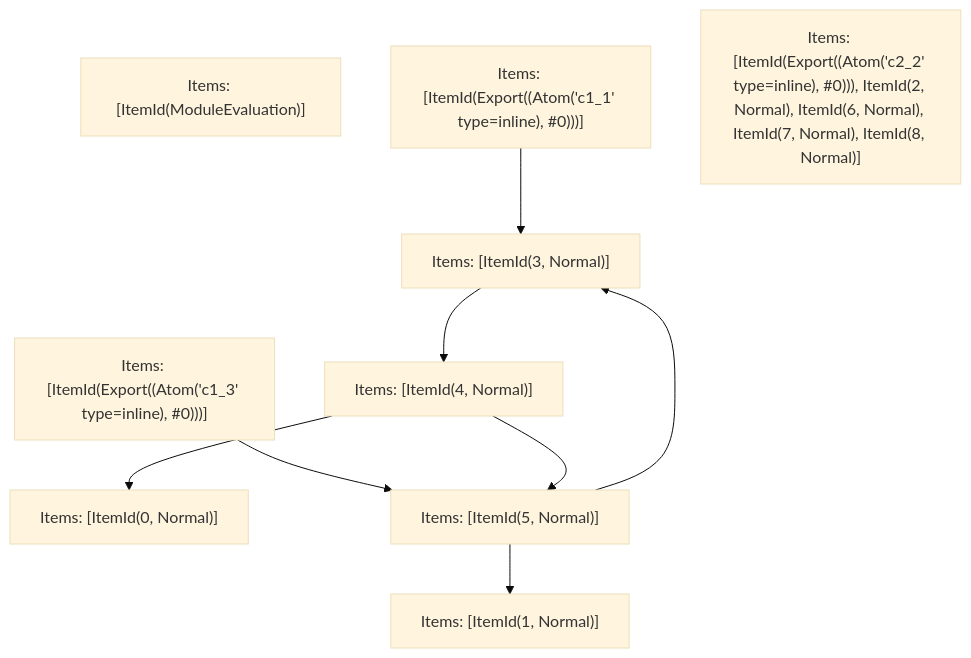
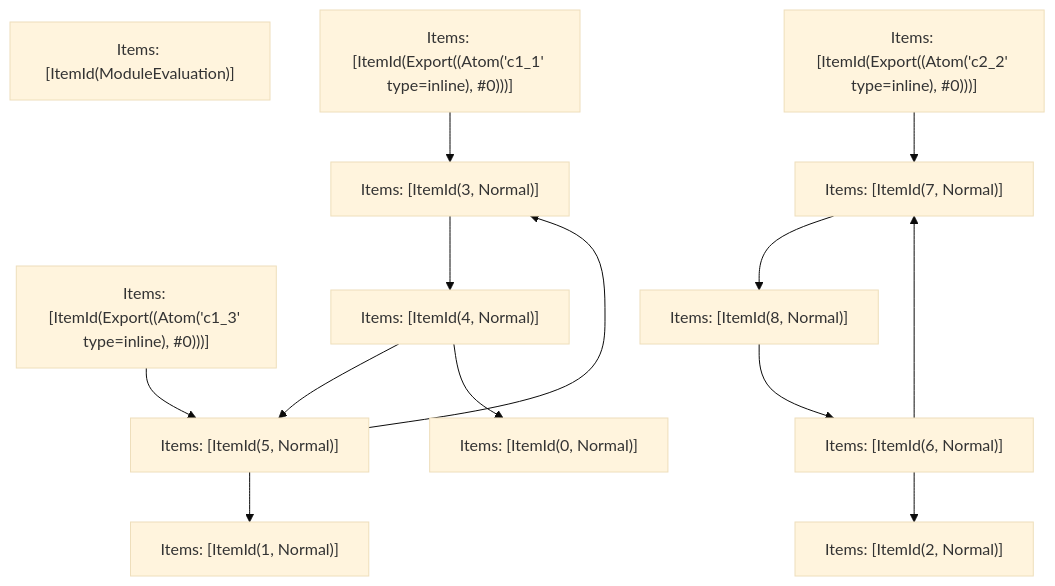
Before and after one commit to vercel/turborepo: the fifth of 5 diagrams in crates/turbopack-ecmascript/tests/tree-shaker/analyzer/3/output.md, drawn with Mermaid (base theme). The commit also changed other lines of this file and 1 other file, not shown here.

````diff
--- a/crates/turbopack-ecmascript/tests/tree-shaker/analyzer/3/output.md
+++ b/crates/turbopack-ecmascript/tests/tree-shaker/analyzer/3/output.md
@@ -219,19 +219,28 @@
 ```mermaid
 graph TD
     N0["Items: [ItemId(ModuleEvaluation)]"];
     N1["Items: [ItemId(Export((Atom('c1_1' type=inline), #0)))]"];
     N2["Items: [ItemId(Export((Atom('c1_3' type=inline), #0)))]"];
-    N3["Items: [ItemId(Export((Atom('c2_2' type=inline), #0))), ItemId(2, Normal), ItemId(6, Normal), ItemId(7, Normal), ItemId(8, Normal)]"];
-    N4["Items: [ItemId(0, Normal)]"];
-    N5["Items: [ItemId(1, Normal)]"];
-    N6["Items: [ItemId(3, Normal)]"];
-    N7["Items: [ItemId(4, Normal)]"];
-    N8["Items: [ItemId(5, Normal)]"];
-    N1 --> N6;
-    N2 --> N8;
-    N6 --> N7;
+    N3["Items: [ItemId(Export((Atom('c2_2' type=inline), #0)))]"];
+    N4["Items: [ItemId(3, Normal)]"];
+    N5["Items: [ItemId(4, Normal)]"];
+    N6["Items: [ItemId(5, Normal)]"];
+    N7["Items: [ItemId(6, Normal)]"];
+    N8["Items: [ItemId(7, Normal)]"];
+    N9["Items: [ItemId(8, Normal)]"];
+    N10["Items: [ItemId(0, Normal)]"];
+    N11["Items: [ItemId(1, Normal)]"];
+    N12["Items: [ItemId(2, Normal)]"];
+    N1 --> N4;
+    N2 --> N6;
+    N3 --> N8;
+    N4 --> N5;
+    N5 --> N6;
+    N5 --> N10;
+    N6 --> N4;
+    N6 --> N11;
     N7 --> N8;
-    N7 --> N4;
-    N8 --> N6;
-    N8 --> N5;
+    N7 --> N12;
+    N8 --> N9;
+    N9 --> N7;
 ```
````
